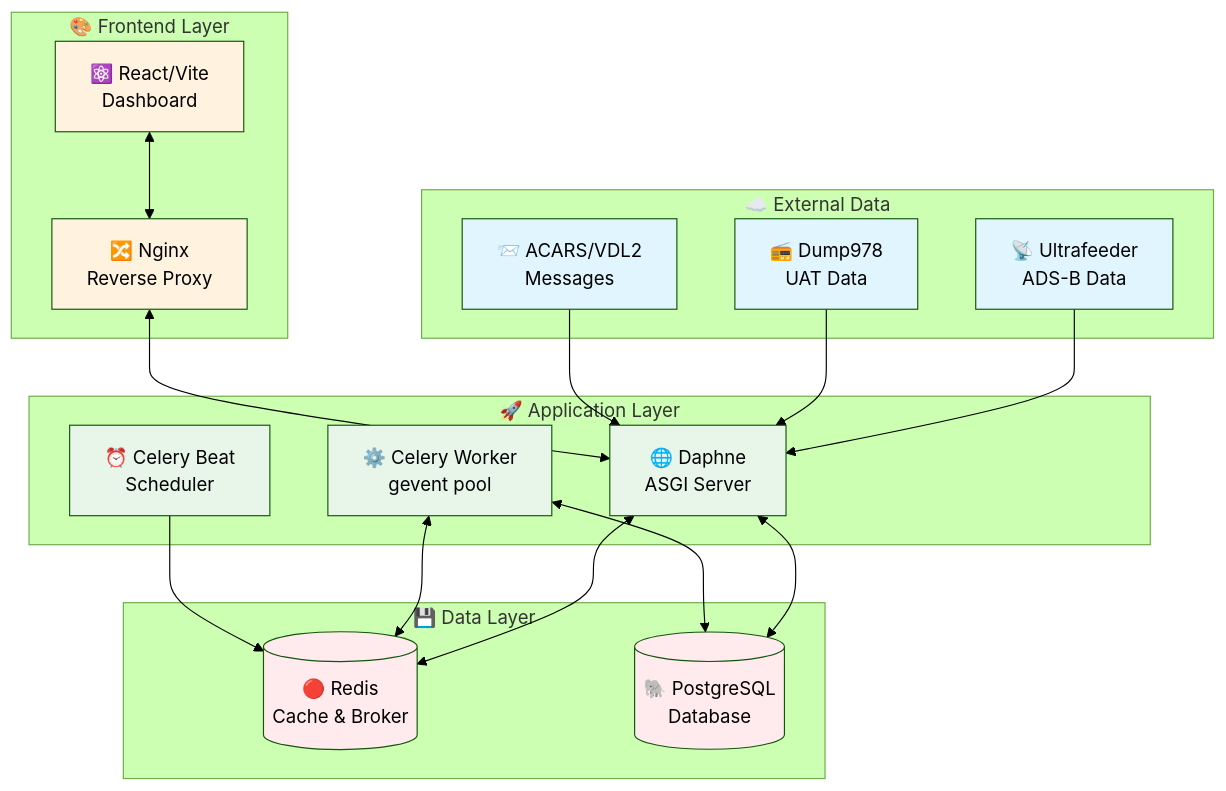
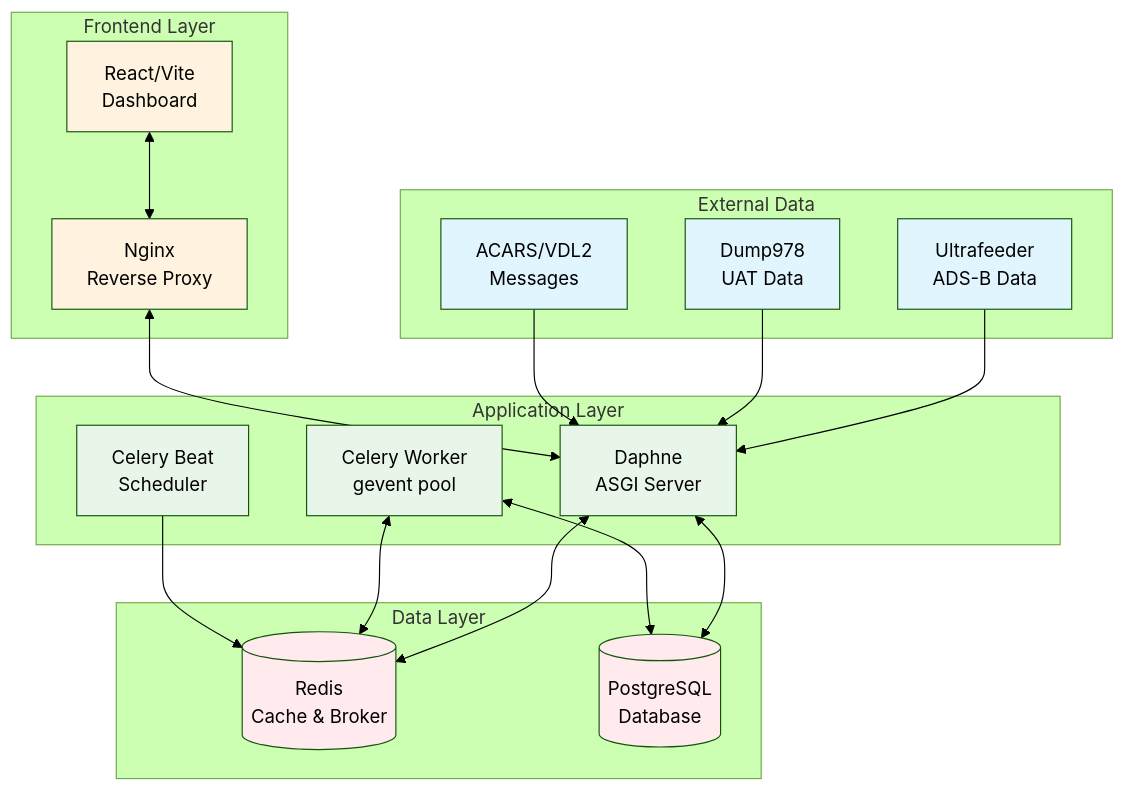
The first of 5 diagrams in docs/operations/deployment.md (CHA0S-CORP/SkySpyDocs), drawn with Mermaid (forest theme) before and after one commit. The commit also changed other lines of this file, not shown here.

````diff
--- a/docs/operations/deployment.md
+++ b/docs/operations/deployment.md
@@ -77,50 +42,50 @@
 ```mermaid
 flowchart TB
-    subgraph External["☁️ External Data"]
-        UF[📡 Ultrafeeder<br/>ADS-B Data]
-        D978[📻 Dump978<br/>UAT Data]
-        ACARS[📨 ACARS/VDL2<br/>Messages]
+    subgraph External["External Data"]
+        UF[Ultrafeeder<br/>ADS-B Data]
+        D978[Dump978<br/>UAT Data]
+        ACARS[ACARS/VDL2<br/>Messages]
     end
 
-    subgraph Frontend["🎨 Frontend Layer"]
-        NGINX[🔀 Nginx<br/>Reverse Proxy]
-        REACT[⚛️ React/Vite<br/>Dashboard]
+    subgraph Frontend["Frontend Layer"]
+        NGINX[Nginx<br/>Reverse Proxy]
+        REACT[React/Vite<br/>Dashboard]
     end
 
-    subgraph Application["🚀 Application Layer"]
-        DAPHNE[🌐 Daphne<br/>ASGI Server]
-        CELERY[⚙️ Celery Worker<br/>gevent pool]
-        BEAT[⏰ Celery Beat<br/>Scheduler]
+    subgraph Application["Application Layer"]
+        DAPHNE[Daphne<br/>ASGI Server]
+        CELERY[Celery Worker<br/>gevent pool]
+        BEAT[Celery Beat<br/>Scheduler]
     end
 
-    subgraph Data["💾 Data Layer"]
-        REDIS[(🔴 Redis<br/>Cache & Broker)]
-        POSTGRES[(🐘 PostgreSQL<br/>Database)]
+    subgraph Data["Data Layer"]
+        REDIS[(Redis<br/>Cache & Broker)]
+        POSTGRES[(PostgreSQL<br/>Database)]
     end
 
     UF --> DAPHNE
     D978 --> DAPHNE
     ACARS --> DAPHNE
 
     REACT <--> NGINX
     NGINX <--> DAPHNE
 
     DAPHNE <--> REDIS
     DAPHNE <--> POSTGRES
 
     CELERY <--> REDIS
     CELERY <--> POSTGRES
 
     BEAT --> REDIS
 
     style UF fill:#e1f5fe
     style D978 fill:#e1f5fe
     style ACARS fill:#e1f5fe
     style NGINX fill:#fff3e0
     style REACT fill:#fff3e0
     style DAPHNE fill:#e8f5e9
     style CELERY fill:#e8f5e9
     style BEAT fill:#e8f5e9
     style REDIS fill:#ffebee
     style POSTGRES fill:#ffebee
 ```
````
